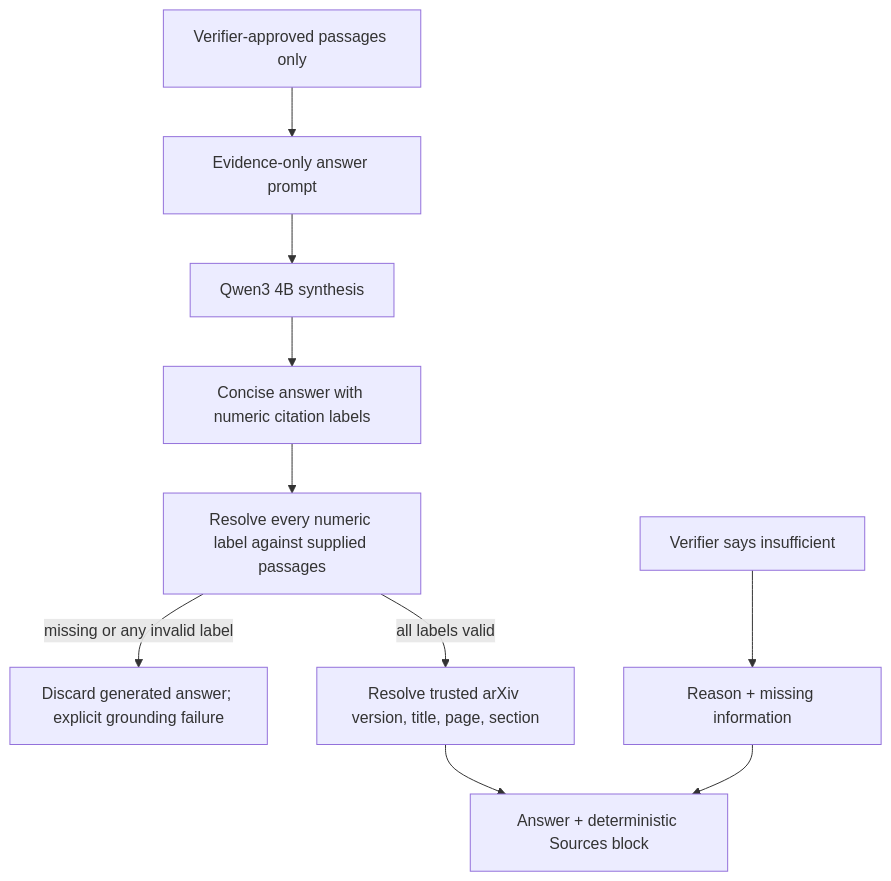
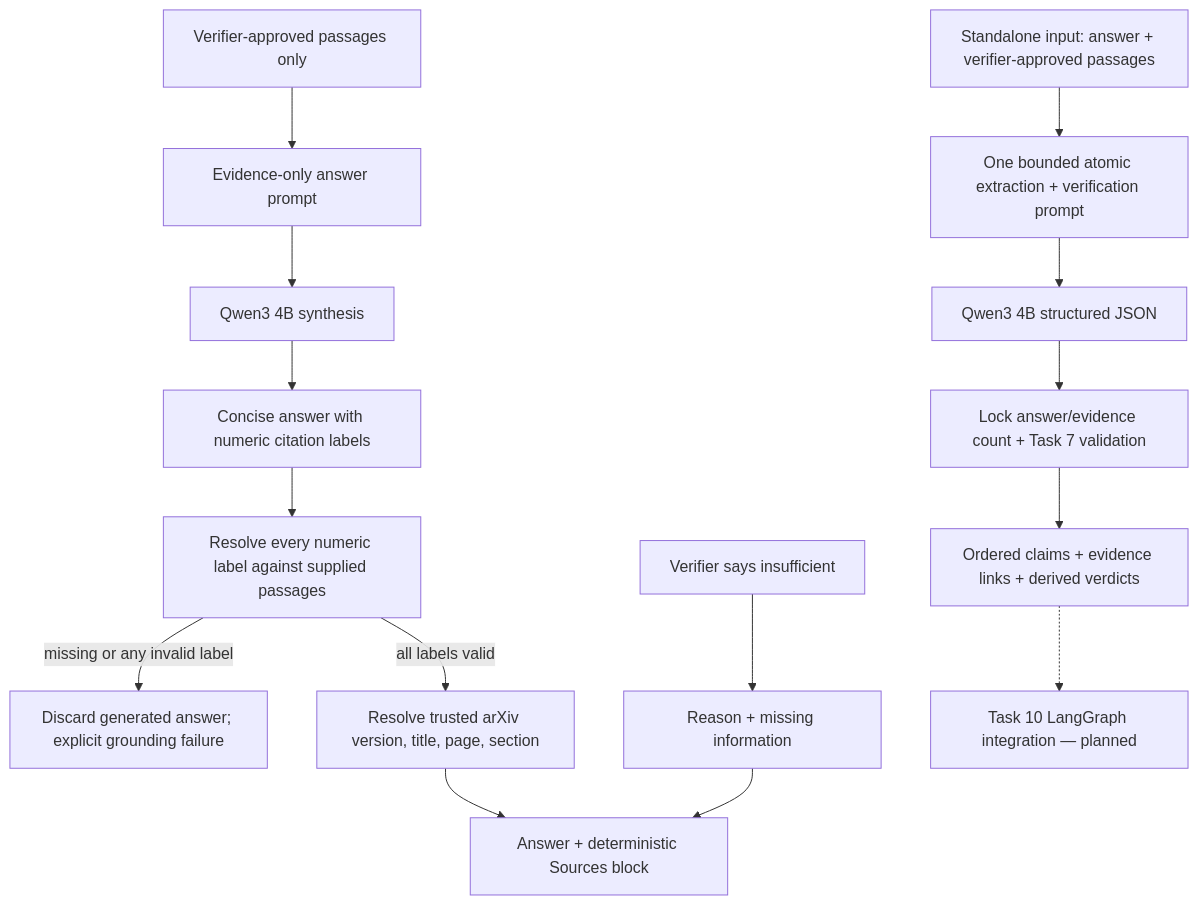
The eighth of 11 diagrams in docs/SYSTEM_VISUALIZATION.md (TQC0103/scientific-research-agent), drawn with Mermaid before and after one commit. The commit also changed other lines of this file and 7 other files, not shown here.

Commit message:
Implement structured claim verifier

````diff
--- a/docs/SYSTEM_VISUALIZATION.md
+++ b/docs/SYSTEM_VISUALIZATION.md
@@ -197,13 +198,19 @@
 ```mermaid
 flowchart TD
     VERIFIED["Verifier-approved passages only"] --> PROMPT["Evidence-only answer prompt"]
     PROMPT --> QWEN["Qwen3 4B synthesis"]
     QWEN --> RAW["Concise answer with numeric citation labels"]
     RAW --> PARSE["Resolve every numeric label against supplied passages"]
     PARSE -->|"missing or any invalid label"| CITEFAIL["Discard generated answer; explicit grounding failure"]
     PARSE -->|"all labels valid"| METADATA["Resolve trusted arXiv version, title, page, section"]
     METADATA --> FINAL["Answer + deterministic Sources block"]
 
     INSUFFICIENT["Verifier says insufficient"] --> ABSTAIN["Reason + missing information"]
     ABSTAIN --> FINAL
+
+    DIRECT["Standalone input: answer + verifier-approved passages"] --> CLAIMPROMPT["One bounded atomic extraction + verification prompt"]
+    CLAIMPROMPT --> CLAIMQWEN["Qwen3 4B structured JSON"]
+    CLAIMQWEN --> CLAIMGUARD["Lock answer/evidence count + Task 7 validation"]
+    CLAIMGUARD --> CLAIMBUNDLE["Ordered claims + evidence links + derived verdicts"]
+    CLAIMBUNDLE -.-> FUTUREGRAPH["Task 10 LangGraph integration — planned"]
 ```
````
